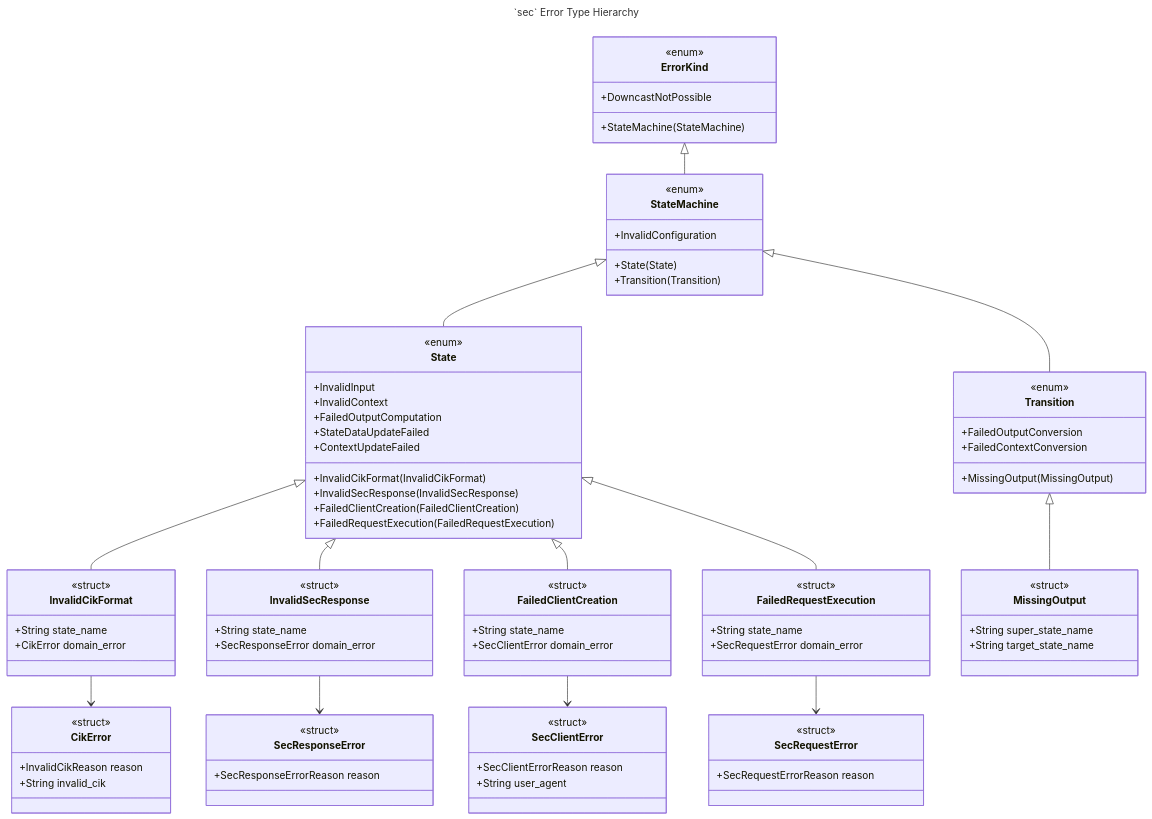
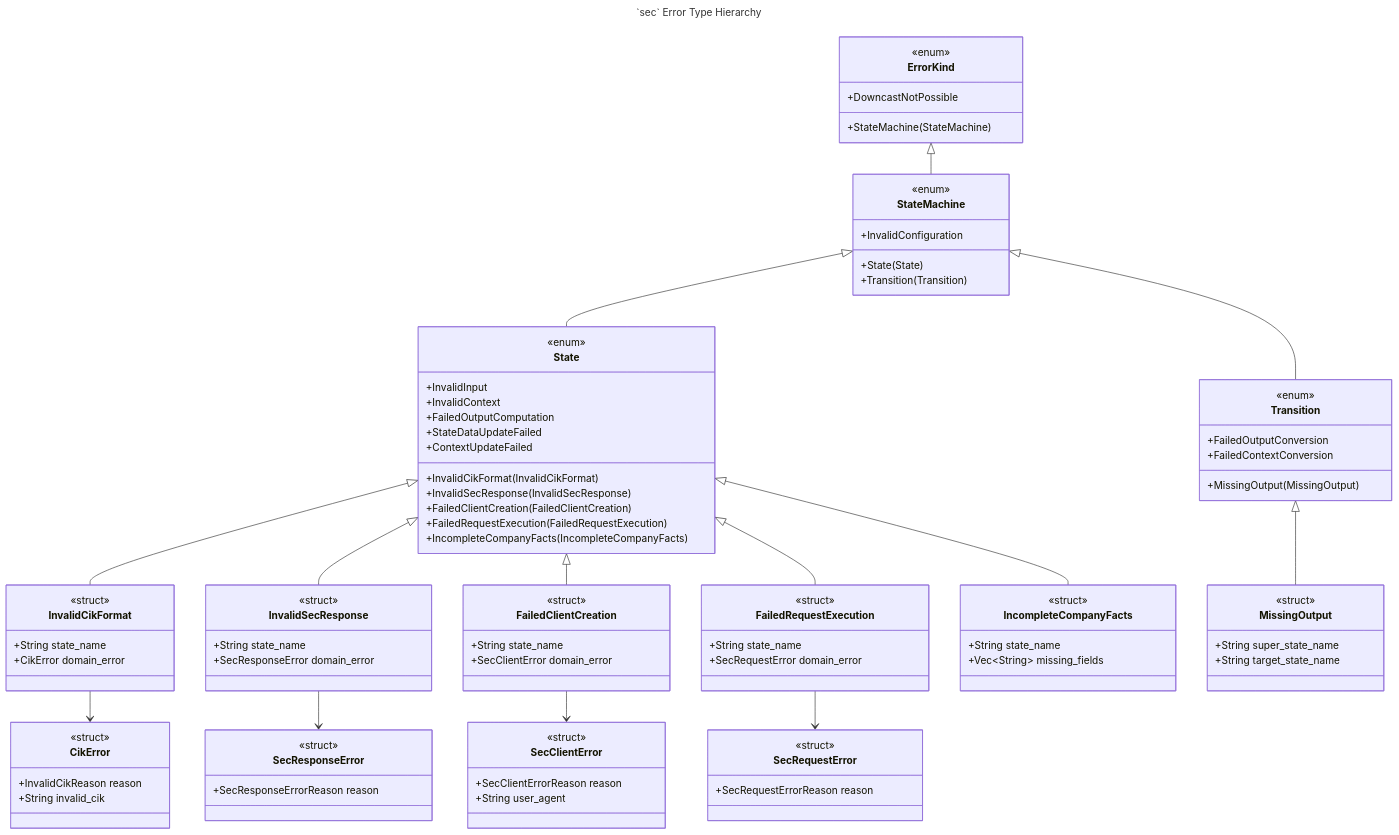
One commit to ironcapitaleu/arkad changed the third of 3 diagrams in README.md. Above: the diagram before and after it, drawn with Mermaid. The commit also changed other lines of this file and 2 other files, not shown here.

Commit message:
docs: update `README.md` and state diagrams

```diff
--- a/README.md
+++ b/README.md
@@ -166,6 +166,7 @@
         +InvalidSecResponse(InvalidSecResponse)
         +FailedClientCreation(FailedClientCreation)
         +FailedRequestExecution(FailedRequestExecution)
+        +IncompleteCompanyFacts(IncompleteCompanyFacts)
         +InvalidInput
         +InvalidContext
         +FailedOutputComputation
@@ -198,6 +199,11 @@
         +String state_name
         +SecRequestError domain_error
     }
+    class IncompleteCompanyFacts{
+        <<struct>>
+        +String state_name
+        +Vec~String~ missing_fields
+    }
     class MissingOutput{
         <<struct>>
         +String super_state_name
@@ -228,6 +234,7 @@
     State <|-- InvalidSecResponse
     State <|-- FailedClientCreation
     State <|-- FailedRequestExecution
+    State <|-- IncompleteCompanyFacts
     Transition <|-- MissingOutput
     InvalidCikFormat --> CikError
     InvalidSecResponse --> SecResponseError
```
